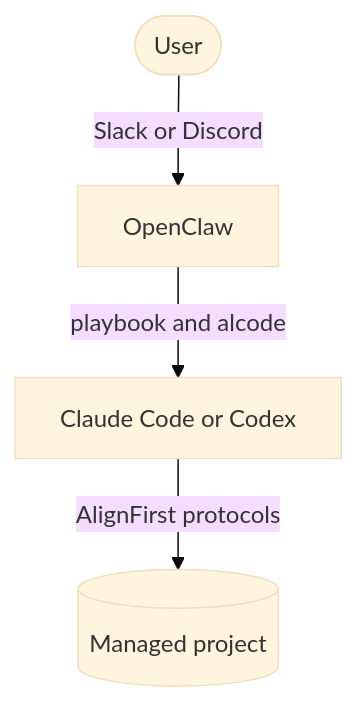
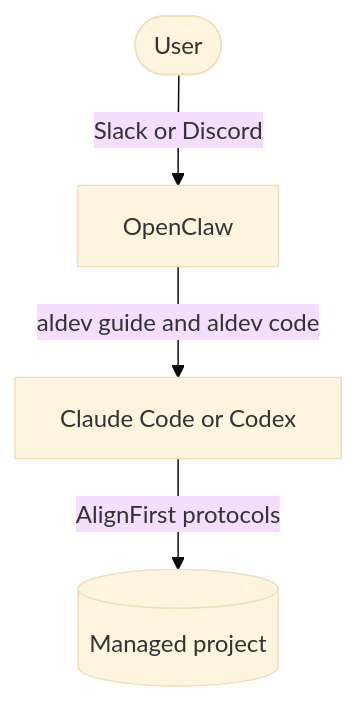
The diagram in alignfirst-dev-kit.md (paleo/alignfirst), drawn with Mermaid (base theme) before and after one commit. The commit also changed other lines of this file and 15 other files, not shown here.

````diff
--- a/alignfirst-dev-kit.md
+++ b/alignfirst-dev-kit.md
@@ -8,6 +8,6 @@
 ```mermaid
 flowchart TD
   U([User]) -->|Slack or Discord| O[OpenClaw]
-  O -->|playbook and alcode| CA[Claude Code or Codex]
+  O -->|aldev guide and aldev code| CA[Claude Code or Codex]
   CA -->|AlignFirst protocols| FS[(Managed project)]
 ```
````
